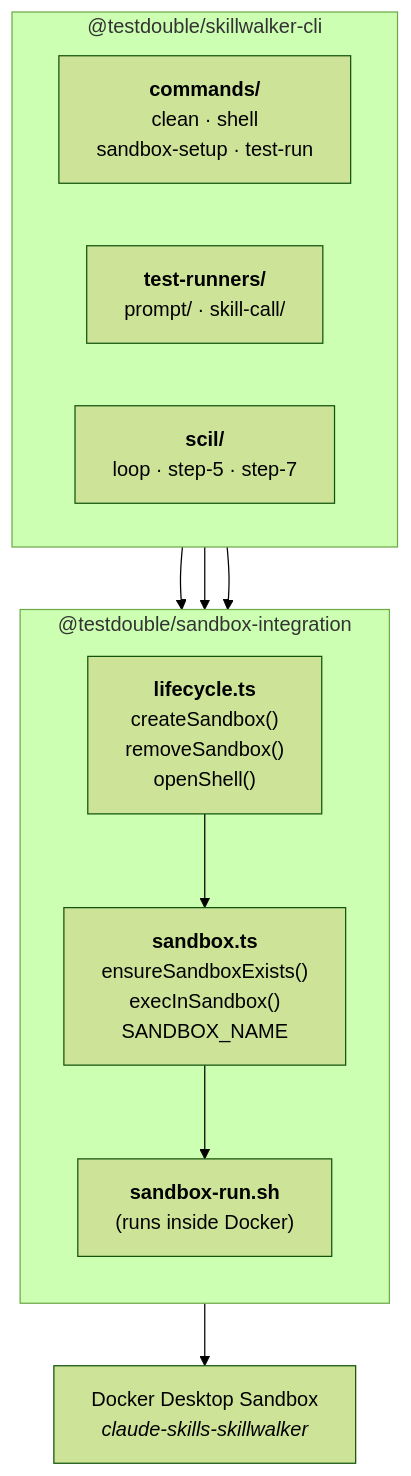
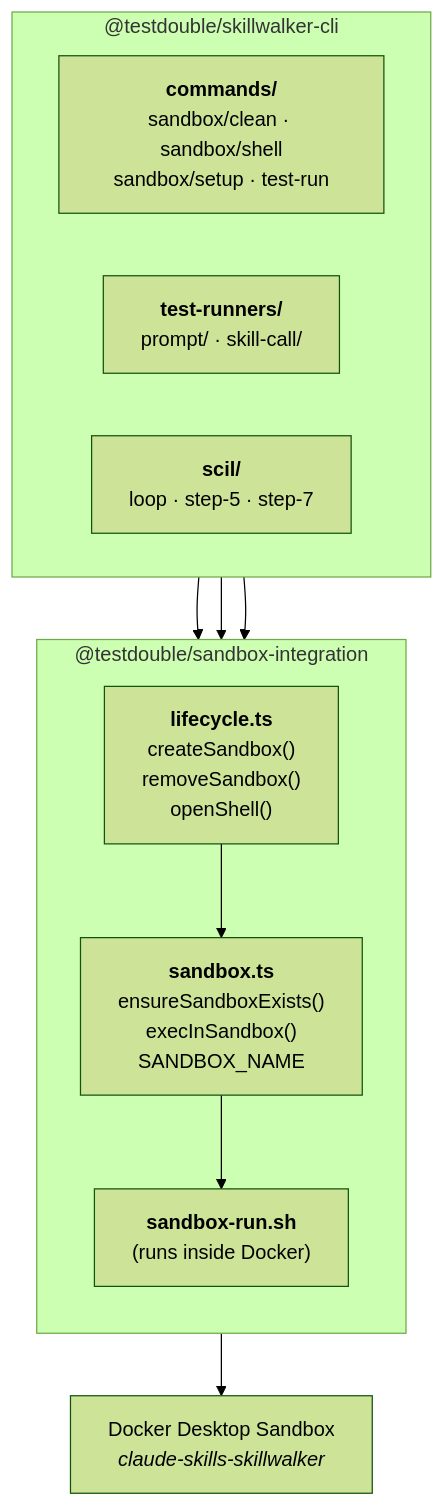
Before and after one commit to testdouble/skills-test-harness: the diagram in docs/sandbox-integration.md, drawn with Mermaid (forest theme). The commit also changed other lines of this file and 5 other files, not shown here.

````diff
--- a/docs/sandbox-integration.md
+++ b/docs/sandbox-integration.md
@@ -28,26 +28,26 @@
 ```mermaid
 flowchart TB
     subgraph cli["@testdouble/skillwalker-cli"]
         direction LR
-        commands["<b>commands/</b><br>clean · shell<br>sandbox-setup · test-run"]
+        commands["<b>commands/</b><br>sandbox/clean · sandbox/shell<br>sandbox/setup · test-run"]
         runners["<b>test-runners/</b><br>prompt/ · skill-call/"]
         scil["<b>scil/</b><br>loop · step-5 · step-7"]
     end
 
     subgraph si["@testdouble/sandbox-integration"]
         direction TB
         sandboxts["<b>sandbox.ts</b><br>ensureSandboxExists()<br>execInSandbox()<br>SANDBOX_NAME"]
         lifecycle["<b>lifecycle.ts</b><br>createSandbox()<br>removeSandbox()<br>openShell()"]
         runsh["<b>sandbox-run.sh</b><br>(runs inside Docker)"]
 
         lifecycle --> sandboxts
         sandboxts --> runsh
     end
 
     docker["Docker Desktop Sandbox<br><i>claude-skills-skillwalker</i>"]
 
     commands --> si
     runners --> si
     scil --> si
     runsh --> docker
 ```
````
